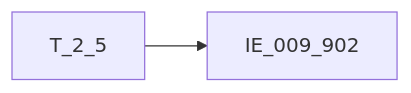
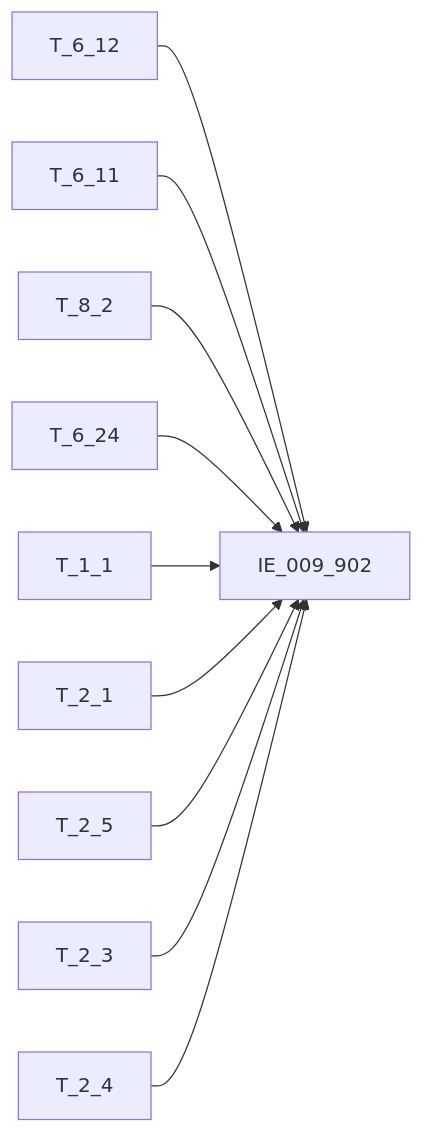
One commit to zhoujk1989-arch/Obsidian changed the diagram in regulatory-data-lab/知识库/血缘/EAST5.0系统/血缘-IE_009_902-保函与信用证表-EAST5.0系统.md. Above: the diagram before and after it, drawn with Mermaid. The commit also changed other lines of this file and 93 other files, not shown here.

````diff
--- a/regulatory-data-lab/知识库/血缘/EAST5.0系统/血缘-IE_009_902-保函与信用证表-EAST5.0系统.md
+++ b/regulatory-data-lab/知识库/血缘/EAST5.0系统/血缘-IE_009_902-保函与信用证表-EAST5.0系统.md
@@ -93,4 +199,12 @@
 ```mermaid
 flowchart LR
-    S1["T_2_5"] --> T["IE_009_902"]
+    S1["T_6_12"] --> T["IE_009_902"]
+    S2["T_6_11"] --> T
+    S3["T_8_2"] --> T
+    S4["T_6_24"] --> T
+    S5["T_1_1"] --> T
+    S6["T_2_1"] --> T
+    S7["T_2_5"] --> T
+    S8["T_2_3"] --> T
+    S9["T_2_4"] --> T
 ```
````
